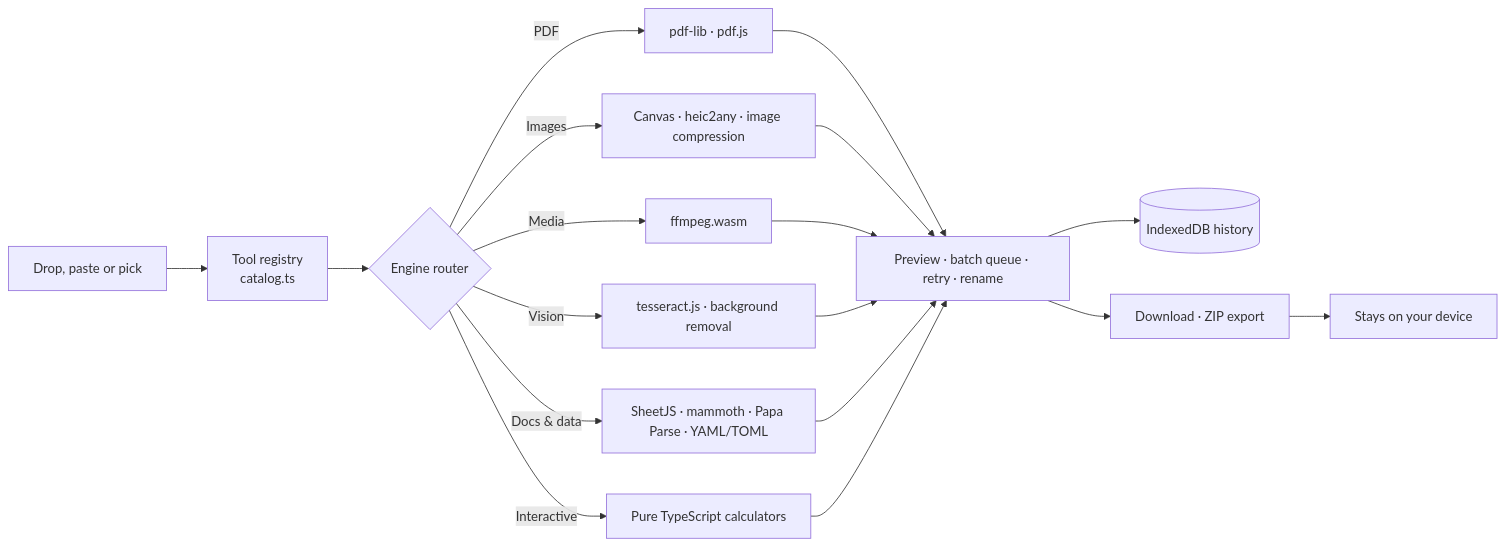
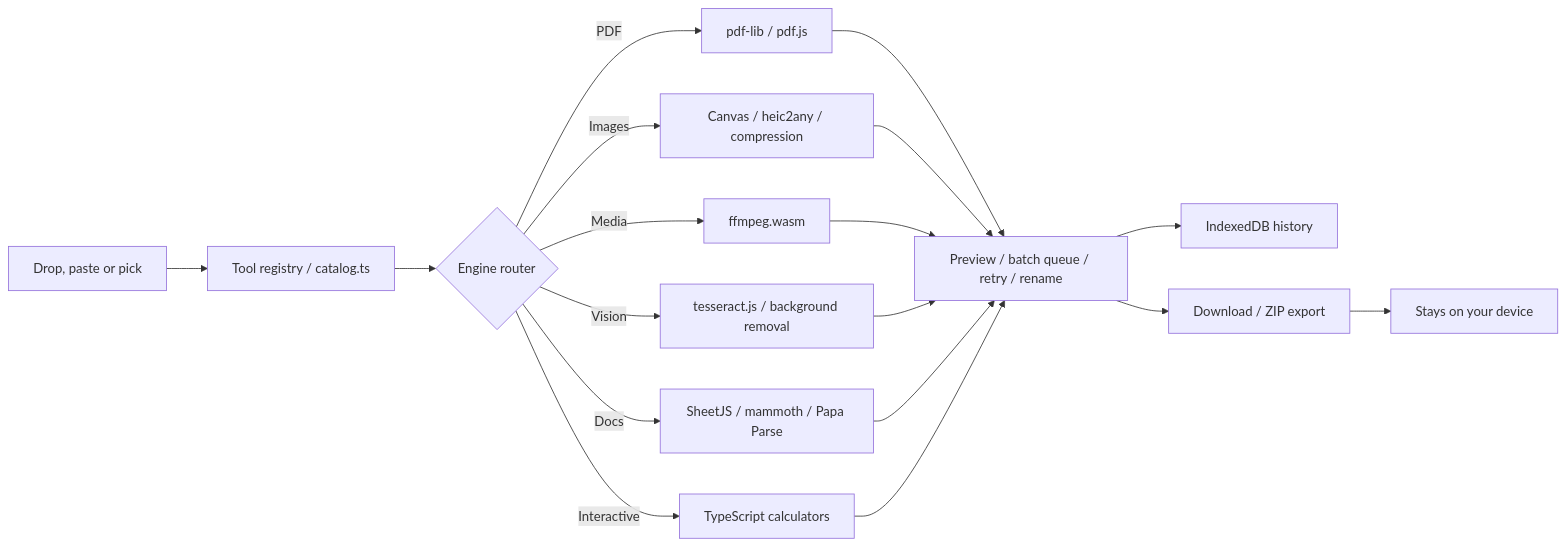
One commit to SaddexRnx/toolt changed the diagram in README.md. Above: the diagram before and after it, drawn with Mermaid.

Commit message:
Fix the Mermaid architecture diagram

````diff
--- a/README.md
+++ b/README.md
@@ -155,20 +155,20 @@
 ```mermaid
 flowchart LR
-  A[Drop, paste or pick] --> B[Tool registry<br/>catalog.ts]
-  B --> C{Engine router}
-  C -->|PDF| D[pdf-lib · pdf.js]
-  C -->|Images| E[Canvas · heic2any · image compression]
-  C -->|Media| F[ffmpeg.wasm]
-  C -->|Vision| G[tesseract.js · background removal]
-  C -->|Docs & data| H[SheetJS · mammoth · Papa Parse · YAML/TOML]
-  C -->|Interactive| I[Pure TypeScript calculators]
-  D --> J[Preview · batch queue · retry · rename]
+  A["Drop, paste or pick"] --> B["Tool registry / catalog.ts"]
+  B --> C{"Engine router"}
+  C -->|PDF| D["pdf-lib / pdf.js"]
+  C -->|Images| E["Canvas / heic2any / compression"]
+  C -->|Media| F["ffmpeg.wasm"]
+  C -->|Vision| G["tesseract.js / background removal"]
+  C -->|Docs| H["SheetJS / mammoth / Papa Parse"]
+  C -->|Interactive| I["TypeScript calculators"]
+  D --> J["Preview / batch queue / retry / rename"]
   E --> J
   F --> J
   G --> J
   H --> J
   I --> J
-  J --> K[(IndexedDB history)]
-  J --> L[Download · ZIP export]
-  L --> M[Stays on your device]
+  J --> K["IndexedDB history"]
+  J --> L["Download / ZIP export"]
+  L --> M["Stays on your device"]
 ```
````
